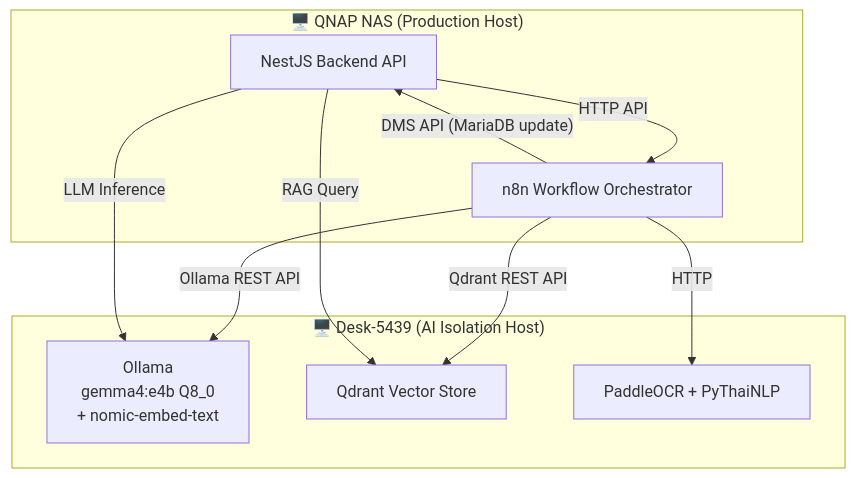
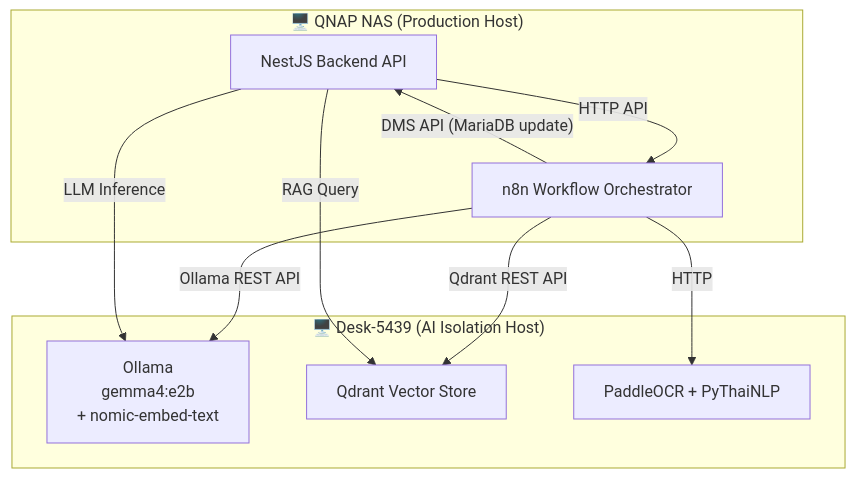
Before and after one commit to peancharoen/lcbp3: the diagram in specs/06-Decision-Records/ADR-023A-unified-ai-architecture.md, drawn with Mermaid. The commit also changed other lines of this file and 20 other files, not shown here.

````diff
--- a/specs/06-Decision-Records/ADR-023A-unified-ai-architecture.md
+++ b/specs/06-Decision-Records/ADR-023A-unified-ai-architecture.md
@@ -125,21 +125,21 @@
 ```mermaid
 graph TB
     subgraph QNAP["🖥️ QNAP NAS (Production Host)"]
         BE[NestJS Backend API]
         N8N[n8n Workflow Orchestrator]
     end
 
     subgraph DESK["🖥️ Desk-5439 (AI Isolation Host)"]
-        OLLAMA["Ollama\ngemma4:e4b Q8_0\n+ nomic-embed-text"]
+        OLLAMA["Ollama\ngemma4:e2b\n+ nomic-embed-text"]
         QDRANT[Qdrant Vector Store]
         NLP[PaddleOCR + PyThaiNLP]
     end
 
     BE --"HTTP API"--> N8N
     N8N --"Ollama REST API"--> OLLAMA
     N8N --"Qdrant REST API"--> QDRANT
     N8N --"HTTP"--> NLP
     N8N --"DMS API (MariaDB update)"--> BE
     BE --"RAG Query"--> QDRANT
     BE --"LLM Inference"--> OLLAMA
 ```
````
